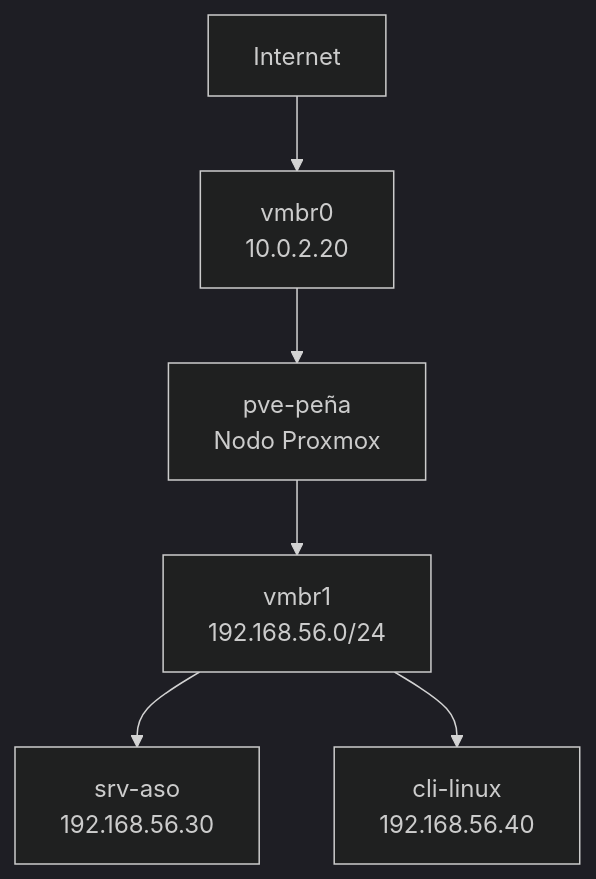
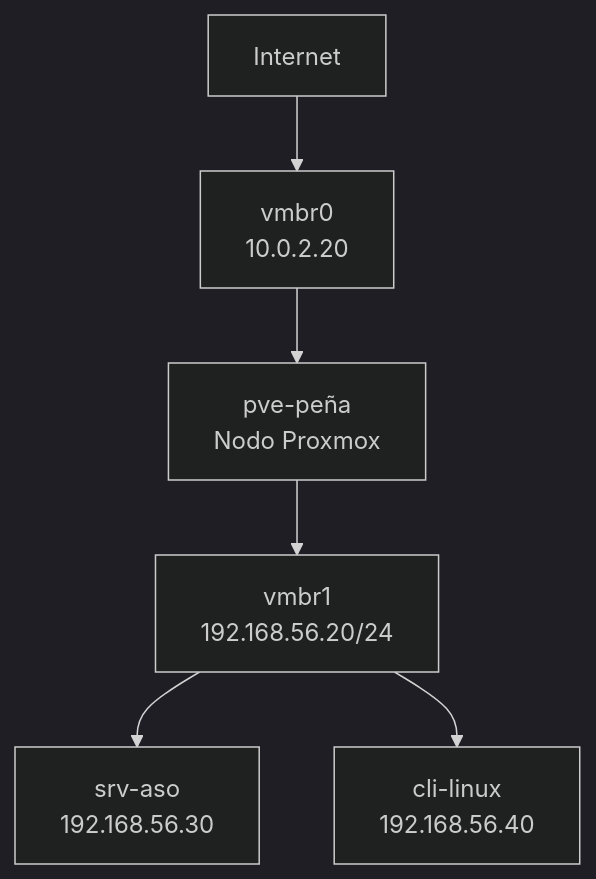
The diagram in docs/02-diagrama-red.md (DavidPena-sys/pi-promox-Pe-a-David), drawn with Mermaid (dark theme) before and after one commit.

````diff
--- a/docs/02-diagrama-red.md
+++ b/docs/02-diagrama-red.md
@@ -36,8 +36,8 @@
 ```mermaid
 flowchart TD
     I["Internet"] --> V0["vmbr0<br/>10.0.2.20"]
     V0 --> P["pve-peña<br/>Nodo Proxmox"]
-    P --> V1["vmbr1<br/>192.168.56.0/24"]
+    P --> V1["vmbr1<br/>192.168.56.20/24"]
     V1 --> S["srv-aso<br/>192.168.56.30"]
     V1 --> C["cli-linux<br/>192.168.56.40"]
 ```
````
